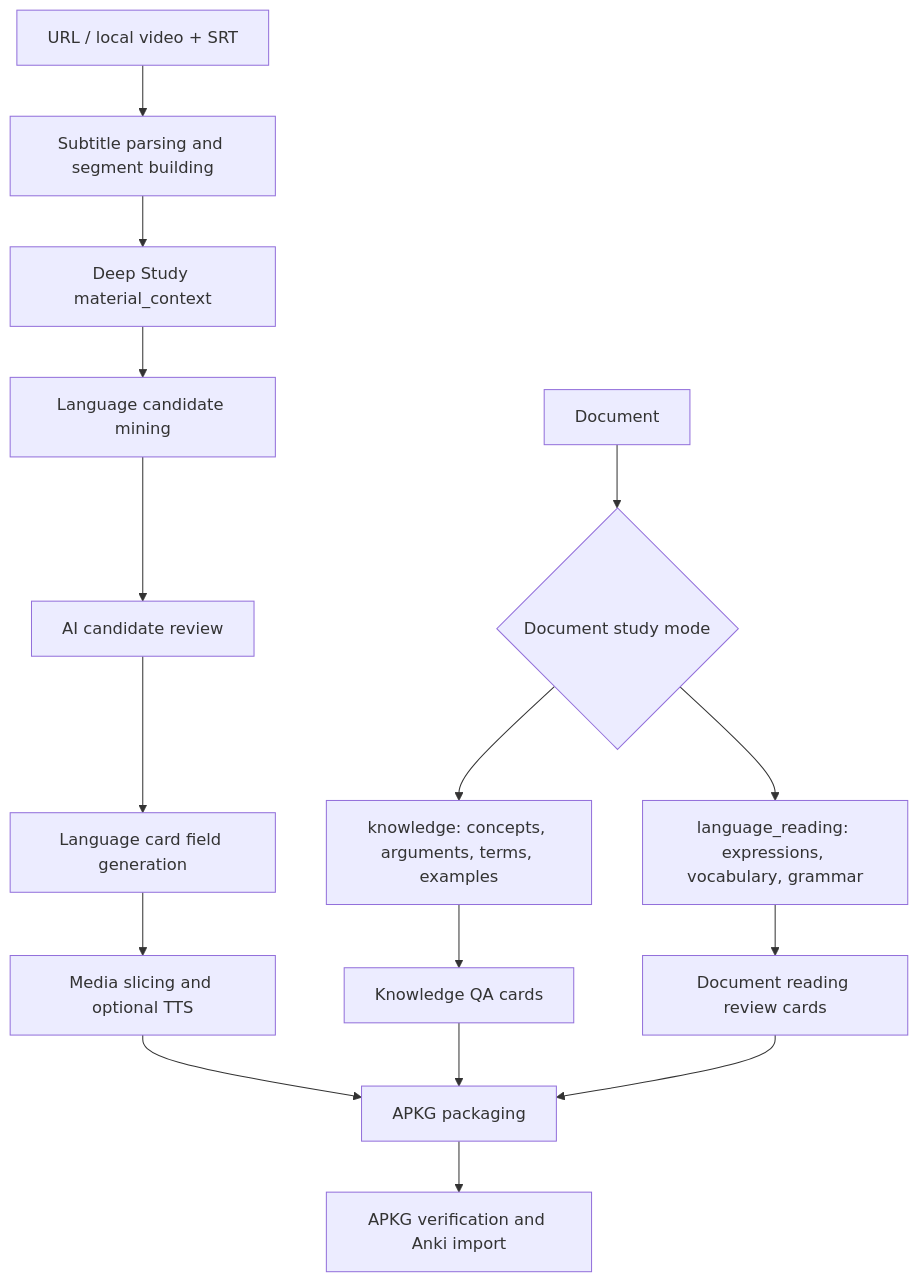
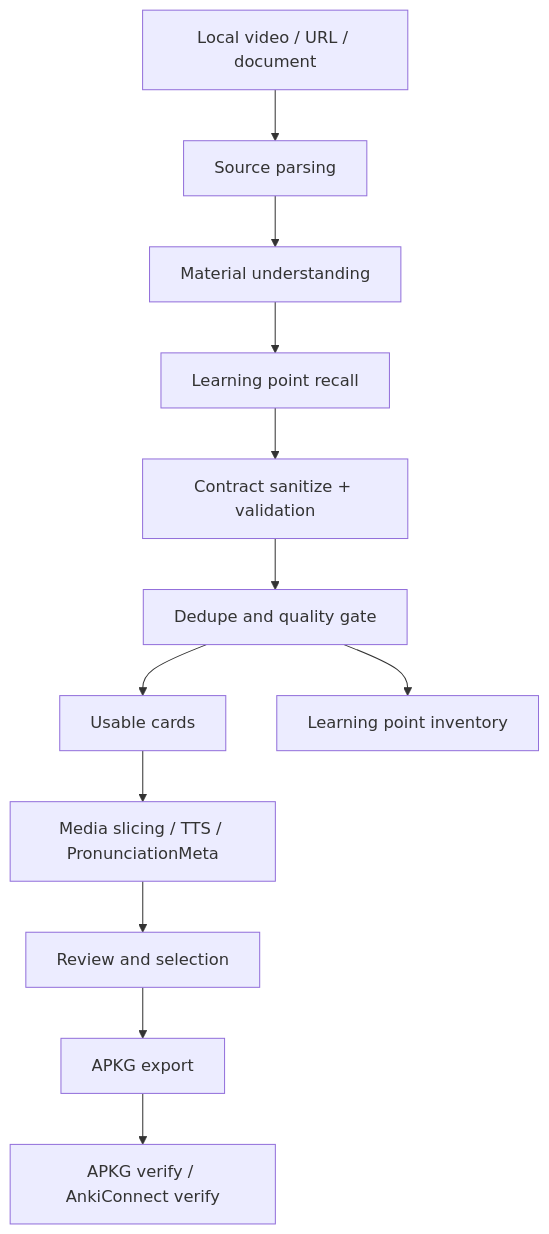
Before and after one commit to zixuanzhou0-ai/Anki-card-generator: the diagram in docs/ARCHITECTURE.md, drawn with Mermaid. The commit also changed other lines of this file and 56 other files, not shown here.

````diff
--- a/docs/ARCHITECTURE.md
+++ b/docs/ARCHITECTURE.md
@@ -7,20 +7,14 @@
 ```mermaid
 flowchart TB
-  A["URL / local video + SRT"] --> B["Subtitle parsing and segment building"]
-  B --> C["Deep Study material_context"]
-  C --> D["Language candidate mining"]
-  D --> E["AI candidate review"]
-  E --> F["Language card field generation"]
-  F --> O["Media slicing and optional TTS"]
-
-  G["Document"] --> H{"Document study mode"}
-  H --> I["knowledge: concepts, arguments, terms, examples"]
-  H --> J["language_reading: expressions, vocabulary, grammar"]
-  I --> K["Knowledge QA cards"]
-  J --> L["Document reading review cards"]
-
-  O --> M["APKG packaging"]
-  K --> M
-  L --> M
-  M --> N["APKG verification and Anki import"]
+  A["Local video / URL / document"] --> B["Source parsing"]
+  B --> C["Material understanding"]
+  C --> D["Learning point recall"]
+  D --> E["Contract sanitize + validation"]
+  E --> F["Dedupe and quality gate"]
+  F --> G["Usable cards"]
+  F --> H["Learning point inventory"]
+  G --> I["Media slicing / TTS / PronunciationMeta"]
+  I --> J["Review and selection"]
+  J --> K["APKG export"]
+  K --> L["APKG verify / AnkiConnect verify"]
 ```
````
